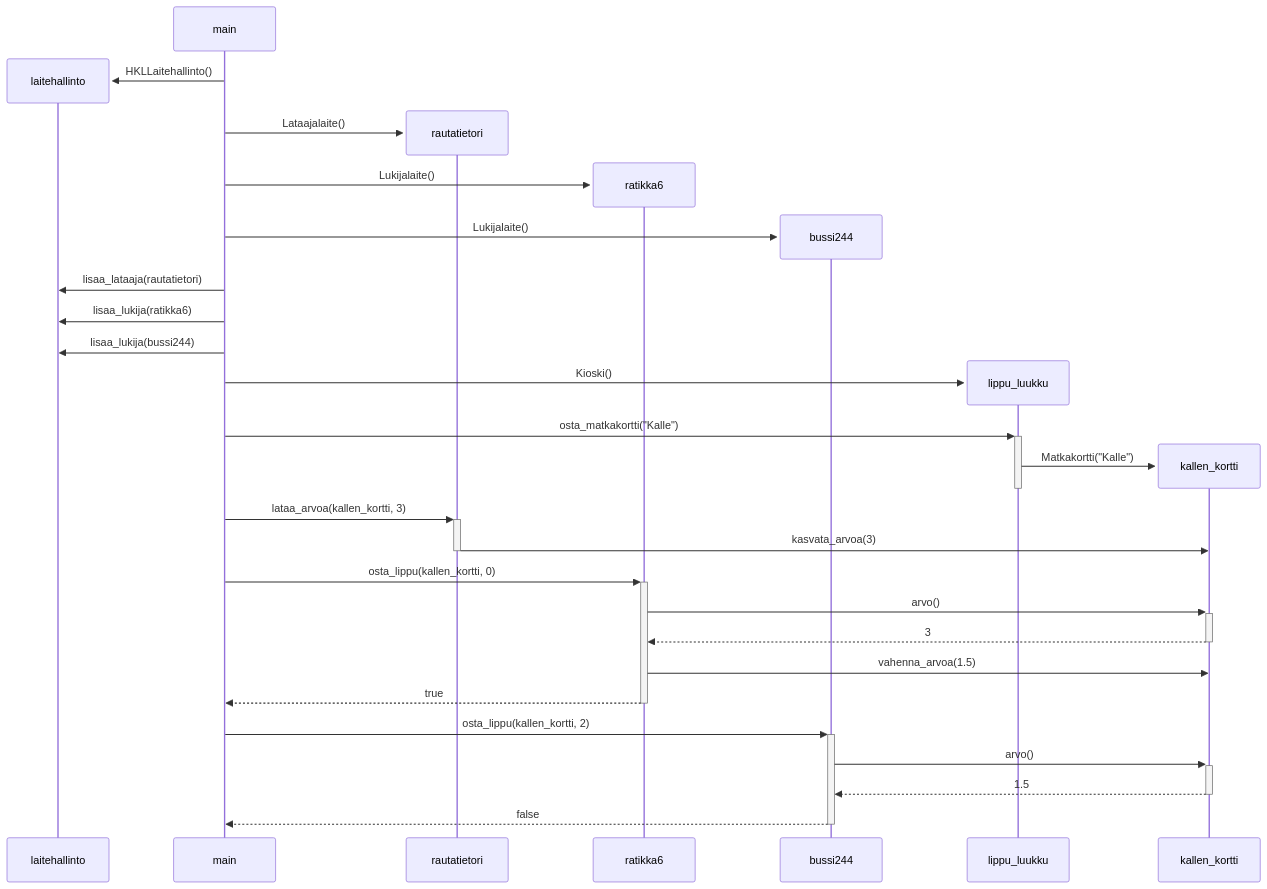
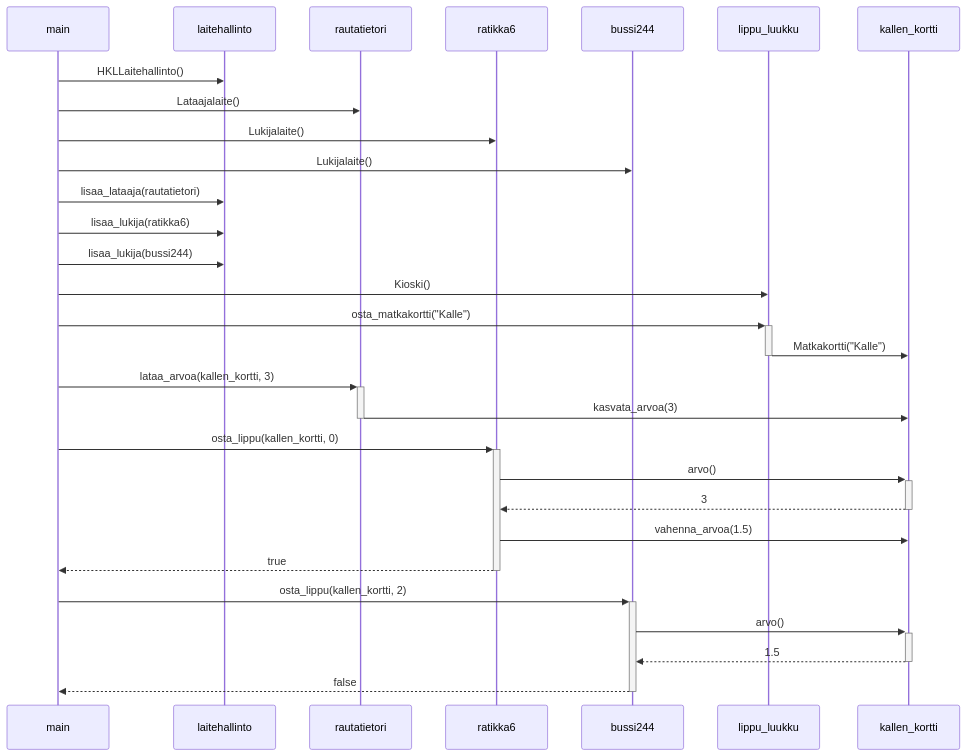
The diagram in laskarit/viikko3/HSL.md (maazjes/ohte), drawn with Mermaid before and after one commit.

````diff
--- a/laskarit/viikko3/HSL.md
+++ b/laskarit/viikko3/HSL.md
@@ -1,30 +1,24 @@
 ```mermaid
 sequenceDiagram
-    create participant laitehallinto
     main ->> laitehallinto: HKLLaitehallinto()
-    create participant rautatietori
     main ->> rautatietori: Lataajalaite()
-    create participant ratikka6
     main ->> ratikka6: Lukijalaite()
-    create participant bussi244
     main ->> bussi244: Lukijalaite()
     main ->> laitehallinto: lisaa_lataaja(rautatietori)
     main ->> laitehallinto: lisaa_lukija(ratikka6)
     main ->> laitehallinto: lisaa_lukija(bussi244)
-    create participant lippu_luukku
     main ->> lippu_luukku: Kioski()
     main ->> +lippu_luukku: osta_matkakortti("Kalle")
-    create participant kallen_kortti
     lippu_luukku ->> -kallen_kortti: Matkakortti("Kalle")
     main ->> +rautatietori: lataa_arvoa(kallen_kortti, 3)
     rautatietori ->> -kallen_kortti: kasvata_arvoa(3)
     main ->> +ratikka6: osta_lippu(kallen_kortti, 0)
     ratikka6 ->> +kallen_kortti: arvo()
     kallen_kortti -->> -ratikka6: 3
     ratikka6 ->> kallen_kortti: vahenna_arvoa(1.5)
     ratikka6 -->> -main: true
     main ->> +bussi244: osta_lippu(kallen_kortti, 2)
     bussi244 ->> +kallen_kortti: arvo()
     kallen_kortti -->> -bussi244: 1.5
     bussi244 -->> -main: false
 ```
````
